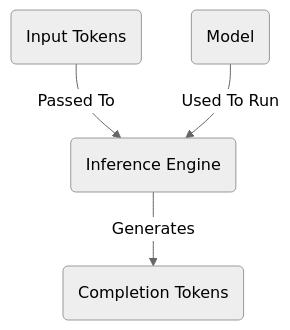
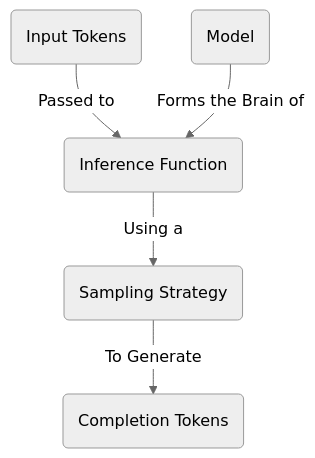
One commit to zxkevinxz/ai-hero changed the second of 7 diagrams in examples/ai-engineer-roadmap/01-what-is-an-llm/article.md. Above: the diagram before and after it, drawn with Mermaid (neutral theme). The commit also changed other lines of this file and 4 other files, not shown here.

````diff
--- a/examples/ai-engineer-roadmap/01-what-is-an-llm/article.md
+++ b/examples/ai-engineer-roadmap/01-what-is-an-llm/article.md
@@ -51,10 +36,12 @@
 ```mermaid
 flowchart
   M(Model)
-  I(Inference Engine)
+  I(Inference Function)
   T(Completion Tokens)
-  INP(Input Tokens) -- Passed To --> I
+  INP(Input Tokens) -- Passed to --> I
+  S(Sampling Strategy)
 
-  M -- Used To Run --> I
-  I -- Generates --> T
+  M -- "Forms the Brain of" --> I
+  I -- Using a --> S
+  S -- To Generate --> T
 ```
````
